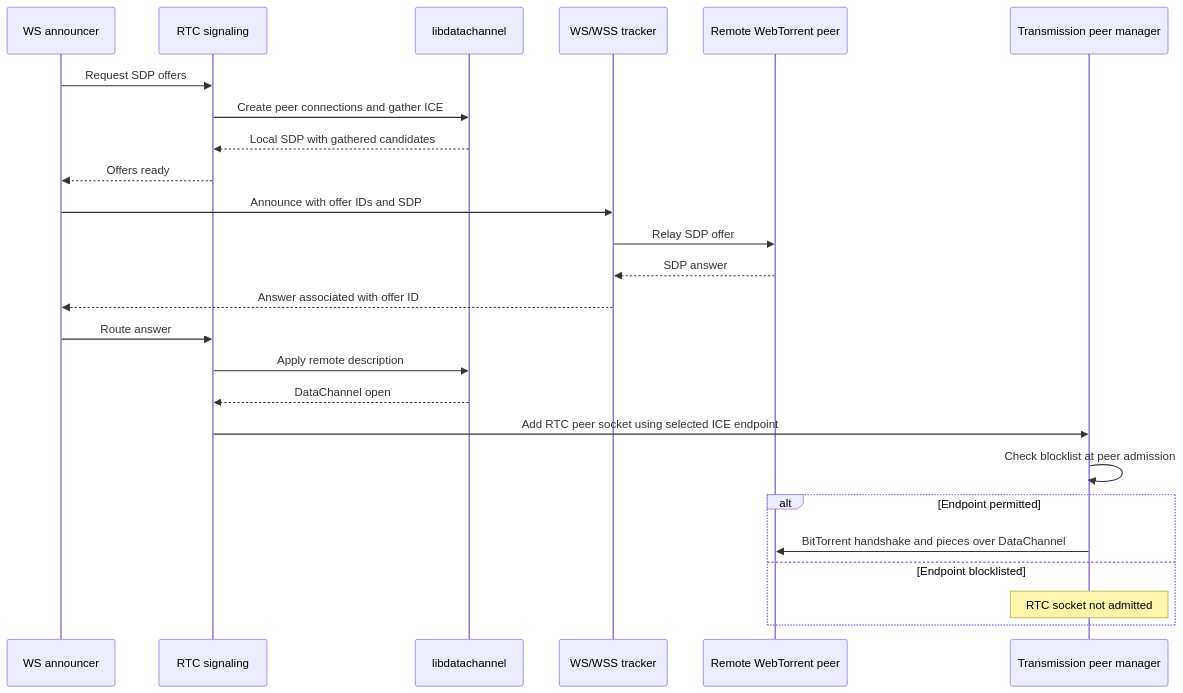
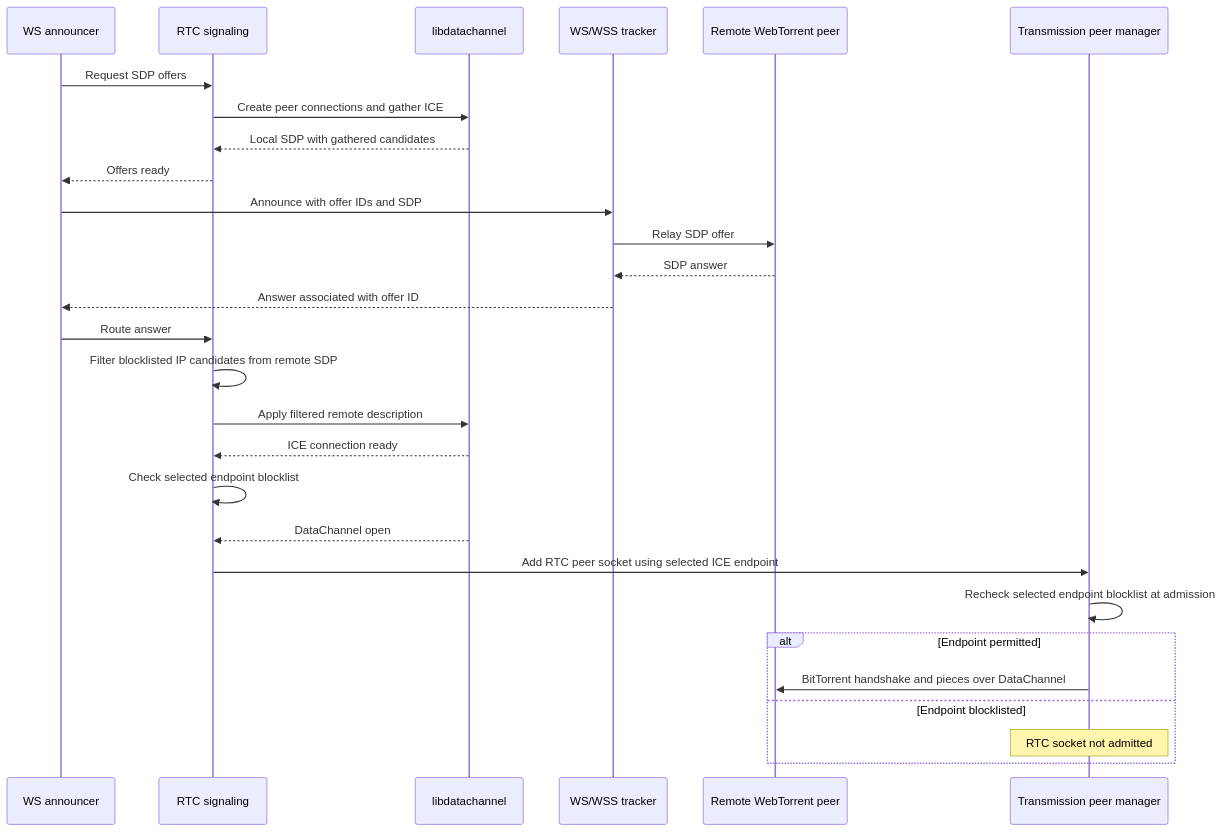
Before and after one commit to jasminsehic/transmission: the second of 3 diagrams in docs/Transmission-Architecture.md, drawn with Mermaid. The commit also changed other lines of this file and 3 other files, not shown here.

Commit message:
feat: honor ICE bind settings and prefilter blocked RTC candidates

````diff
--- a/docs/Transmission-Architecture.md
+++ b/docs/Transmission-Architecture.md
@@ -71,27 +71,30 @@
 ```mermaid
 sequenceDiagram
     participant A as WS announcer
     participant S as RTC signaling
     participant D as libdatachannel
     participant T as WS/WSS tracker
     participant R as Remote WebTorrent peer
     participant P as Transmission peer manager
     A->>S: Request SDP offers
     S->>D: Create peer connections and gather ICE
     D-->>S: Local SDP with gathered candidates
     S-->>A: Offers ready
     A->>T: Announce with offer IDs and SDP
     T->>R: Relay SDP offer
     R-->>T: SDP answer
     T-->>A: Answer associated with offer ID
     A->>S: Route answer
-    S->>D: Apply remote description
+    S->>S: Filter blocklisted IP candidates from remote SDP
+    S->>D: Apply filtered remote description
+    D-->>S: ICE connection ready
+    S->>S: Check selected endpoint blocklist
     D-->>S: DataChannel open
     S->>P: Add RTC peer socket using selected ICE endpoint
-    P->>P: Check blocklist at peer admission
+    P->>P: Recheck selected endpoint blocklist at admission
     alt Endpoint permitted
         P->>R: BitTorrent handshake and pieces over DataChannel
     else Endpoint blocklisted
         Note over P: RTC socket not admitted
     end
 ```
````
